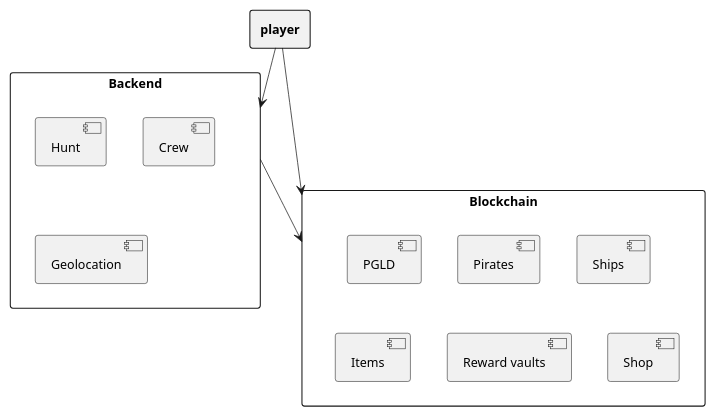
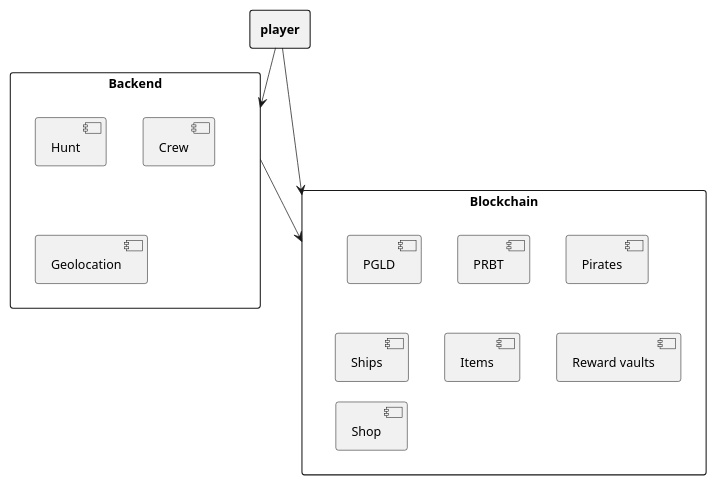
One commit to TrailsofGold/whitepaper changed the diagram in docs/tech_architecture/overview.md. Above: the diagram before and after it, drawn with PlantUML. The commit also changed other lines of this file and 3 other files, not shown here.

````diff
--- a/docs/tech_architecture/overview.md
+++ b/docs/tech_architecture/overview.md
@@ -7,30 +7,31 @@
 ```plantuml
 skinparam monochrome true
 skinparam ranksep 20
 skinparam dpi 100
 skinparam arrowThickness 0.7
 skinparam packageTitleAlignment center
 skinparam usecaseBorderThickness 0.4
 skinparam defaultFontSize 12
 skinparam rectangleBorderThickness 1
 
 rectangle "Backend" {
   [Hunt]
   [Crew]
   [Geolocation]
 }
 rectangle "Blockchain" {
   [PGLD]
+  [PRBT]
   [Pirates]
   [Ships]
   [Items]
   [Reward vaults]
   [Shop]
 }
 rectangle "<b>player</b>" as Player
 
 Player --> Blockchain
 Player --> Backend
 Backend --> Blockchain
 
 ```
````
